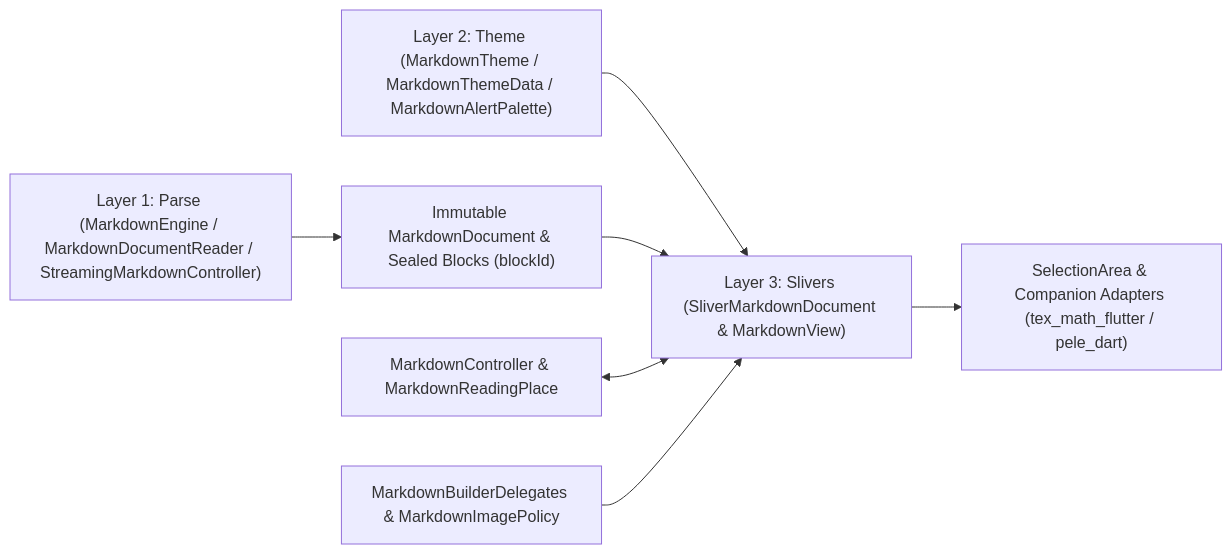
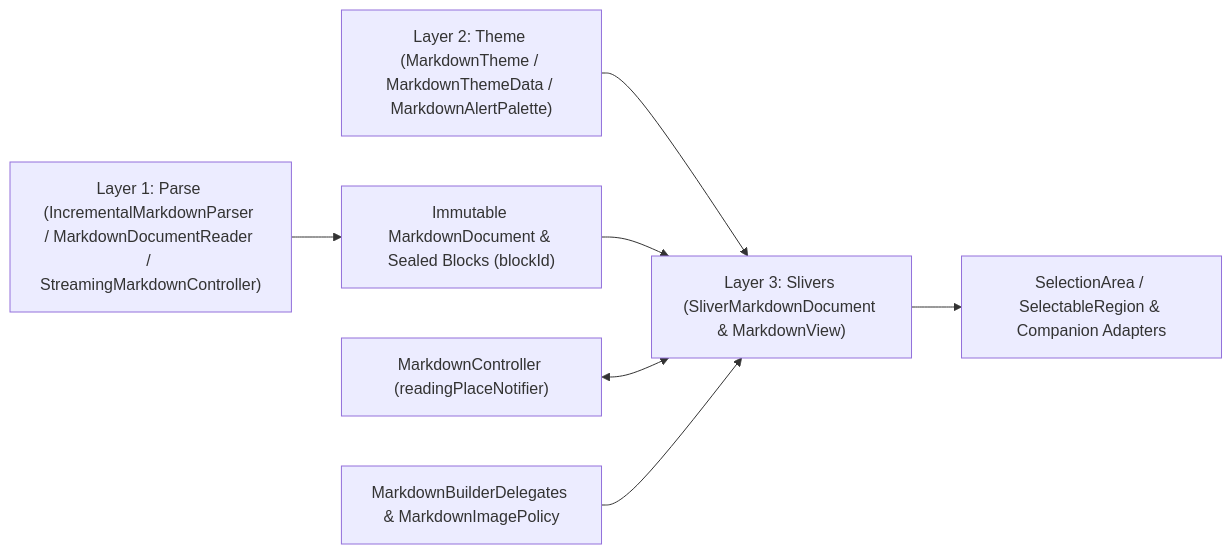
One commit to tkinnis/markdown_engine changed the fourth of 4 diagrams in doc/ARCHITECTURE.md. Above: the diagram before and after it, drawn with Mermaid. The commit also changed other lines of this file and 47 other files, not shown here.

Commit message:
perf(engine): apply specialist security hardening, incremental/streaming optimization, and Flutter polish

````diff
--- a/doc/ARCHITECTURE.md
+++ b/doc/ARCHITECTURE.md
@@ -138,9 +139,9 @@
 ```mermaid
 flowchart LR
-  Parse["Layer 1: Parse (MarkdownEngine / MarkdownDocumentReader / StreamingMarkdownController)"] --> AST["Immutable MarkdownDocument & Sealed Blocks (blockId)"]
+  Parse["Layer 1: Parse (IncrementalMarkdownParser / MarkdownDocumentReader / StreamingMarkdownController)"] --> AST["Immutable MarkdownDocument & Sealed Blocks (blockId)"]
   Theme["Layer 2: Theme (MarkdownTheme / MarkdownThemeData / MarkdownAlertPalette)"] --> Sliver["Layer 3: Slivers (SliverMarkdownDocument & MarkdownView)"]
   AST --> Sliver
-  Ctrl["MarkdownController & MarkdownReadingPlace"] <--> Sliver
+  Ctrl["MarkdownController (readingPlaceNotifier)"] <--> Sliver
   Del["MarkdownBuilderDelegates & MarkdownImagePolicy"] --> Sliver
-  Sliver --> Select["SelectionArea & Companion Adapters (tex_math_flutter / pele_dart)"]
+  Sliver --> Select["SelectionArea / SelectableRegion & Companion Adapters"]
 ```
````
